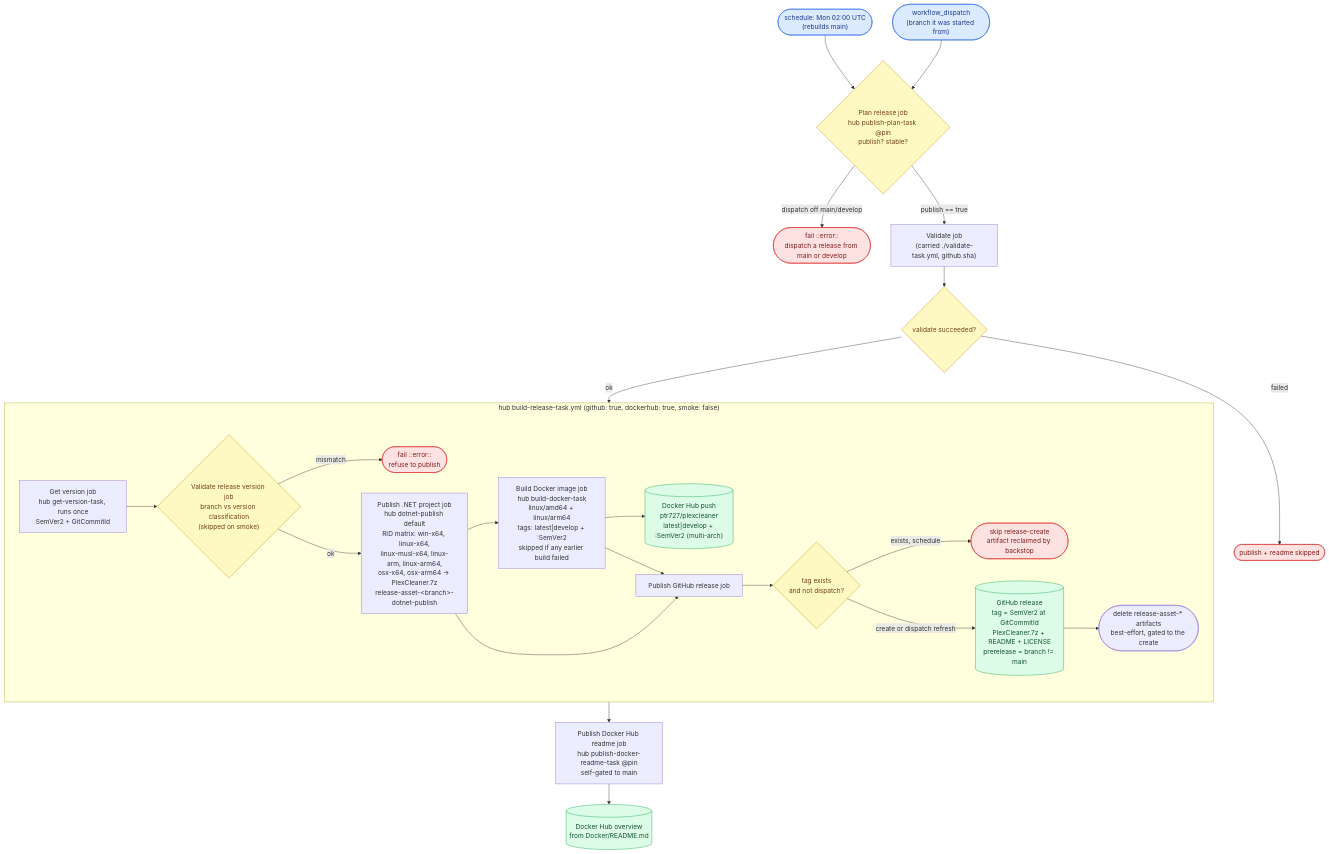
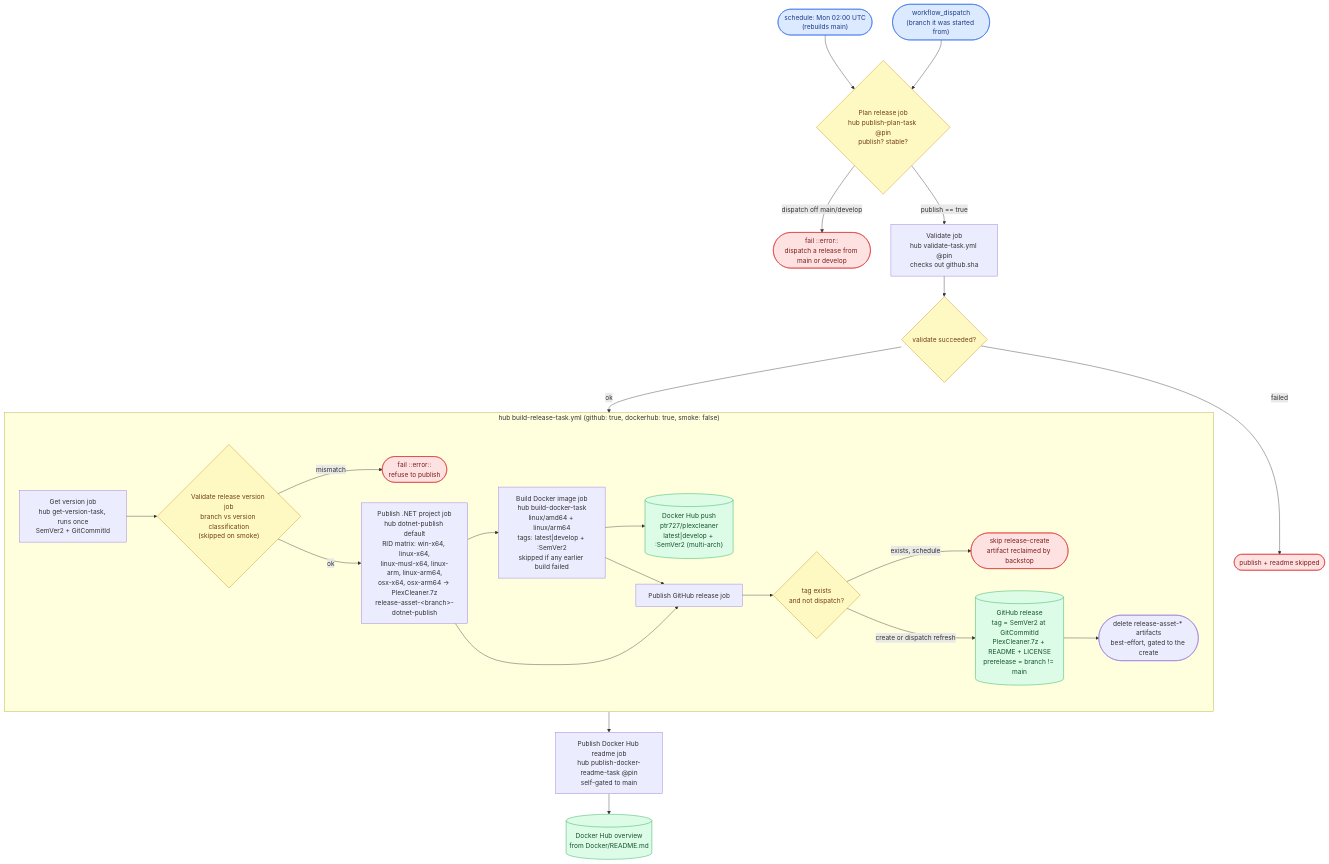
The second of 3 diagrams in WORKFLOW.md (ptr727/PlexCleaner), drawn with Mermaid before and after one commit. The commit also changed other lines of this file, not shown here.

````diff
--- a/WORKFLOW.md
+++ b/WORKFLOW.md
@@ -251,33 +253,33 @@
 ```mermaid
 flowchart TD
     SCH(["schedule: Mon 02:00 UTC<br/>(rebuilds main)"]):::trig --> PG
     DSP(["workflow_dispatch<br/>(branch it was started from)"]):::trig --> PG
     PG{"Plan release job<br/>hub publish-plan-task @pin<br/>publish? stable?"}:::gate
     PG -- "dispatch off main/develop" --> PSKIP(["fail ::error::<br/>dispatch a release from main or develop"]):::stop
     PG -- "publish == true" --> VAL
-    VAL["Validate job<br/>(carried ./validate-task.yml, github.sha)"] --> VG{"validate succeeded?"}:::gate
+    VAL["Validate job<br/>hub validate-task.yml @pin<br/>checks out github.sha"] --> VG{"validate succeeded?"}:::gate
     VG -- "failed" --> VFAIL(["publish + readme skipped"]):::stop
     VG -- "ok" --> BRT
     subgraph BRT ["hub build-release-task.yml (github: true, dockerhub: true, smoke: false)"]
         GV["Get version job<br/>hub get-version-task, runs once<br/>SemVer2 + GitCommitId"]
         GV --> VR{"Validate release version job<br/>branch vs version classification<br/>(skipped on smoke)"}:::gate
         VR -- "mismatch" --> VRX(["fail ::error::<br/>refuse to publish"]):::stop
         VR -- "ok" --> BE
         BE["Publish .NET project job<br/>hub dotnet-publish default<br/>RID matrix: win-x64, linux-x64,<br/>linux-musl-x64, linux-arm, linux-arm64,<br/>osx-x64, osx-arm64 -> PlexCleaner.7z<br/>release-asset-&lt;branch&gt;-dotnet-publish"]
         BE --> BD
         BD["Build Docker image job<br/>hub build-docker-task<br/>linux/amd64 + linux/arm64<br/>tags: latest|develop + :SemVer2<br/>skipped if any earlier build failed"]
         BD --> DH[("Docker Hub push<br/>ptr727/plexcleaner<br/>latest|develop + :SemVer2 (multi-arch)")]:::pub
         BE --> GR
         BD --> GR
         GR["Publish GitHub release job"] --> EX{"tag exists<br/>and not dispatch?"}:::gate
         EX -- "exists, schedule" --> NOP(["skip release-create<br/>artifact reclaimed by backstop"]):::stop
         EX -- "create or dispatch refresh" --> REL[("GitHub release<br/>tag = SemVer2 at GitCommitId<br/>PlexCleaner.7z + README + LICENSE<br/>prerelease = branch != main")]:::pub
         REL --> CLN(["delete release-asset-* artifacts<br/>best-effort, gated to the create"])
     end
     BRT --> RM["Publish Docker Hub readme job<br/>hub publish-docker-readme-task @pin<br/>self-gated to main"]
     RM --> OVW[("Docker Hub overview<br/>from Docker/README.md")]:::pub
     classDef trig fill:#dbeafe,stroke:#2563eb,color:#1e3a8a
     classDef gate fill:#fef9c3,stroke:#ca8a04,color:#713f12
     classDef pub fill:#dcfce7,stroke:#16a34a,color:#14532d
     classDef stop fill:#fee2e2,stroke:#dc2626,color:#7f1d1d
 ```
````
